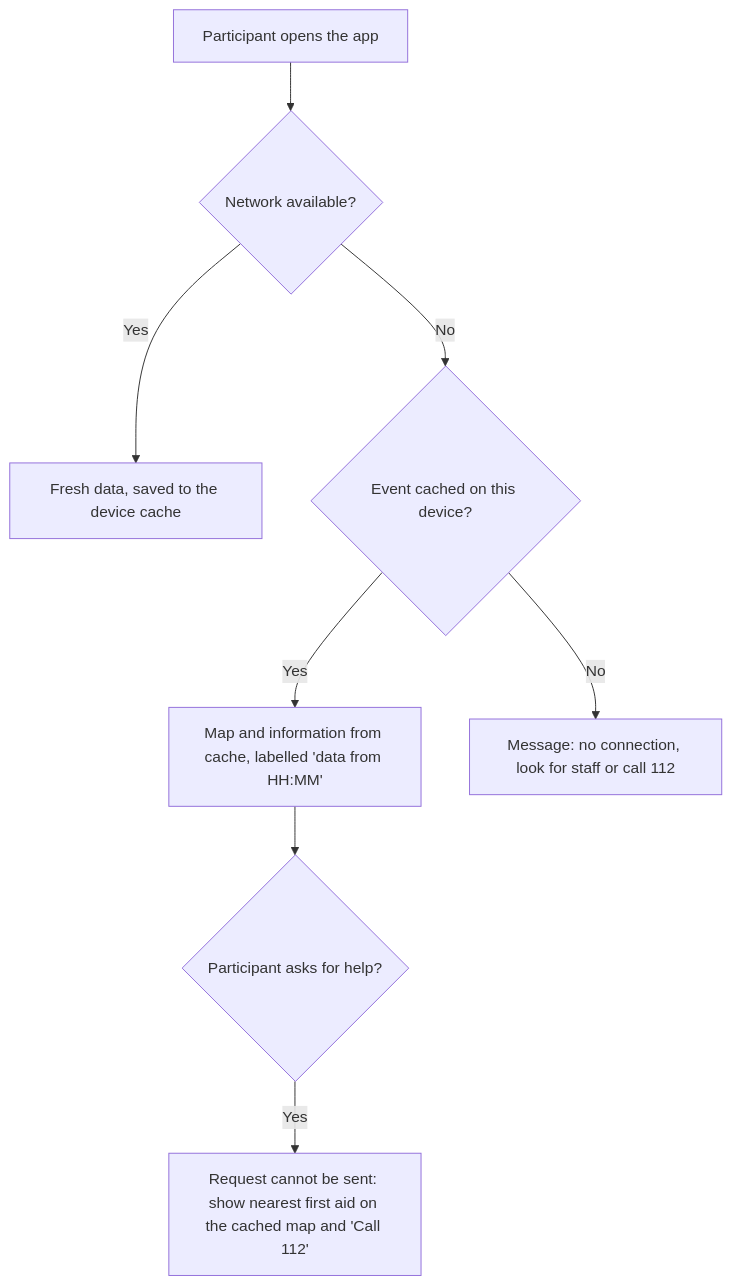
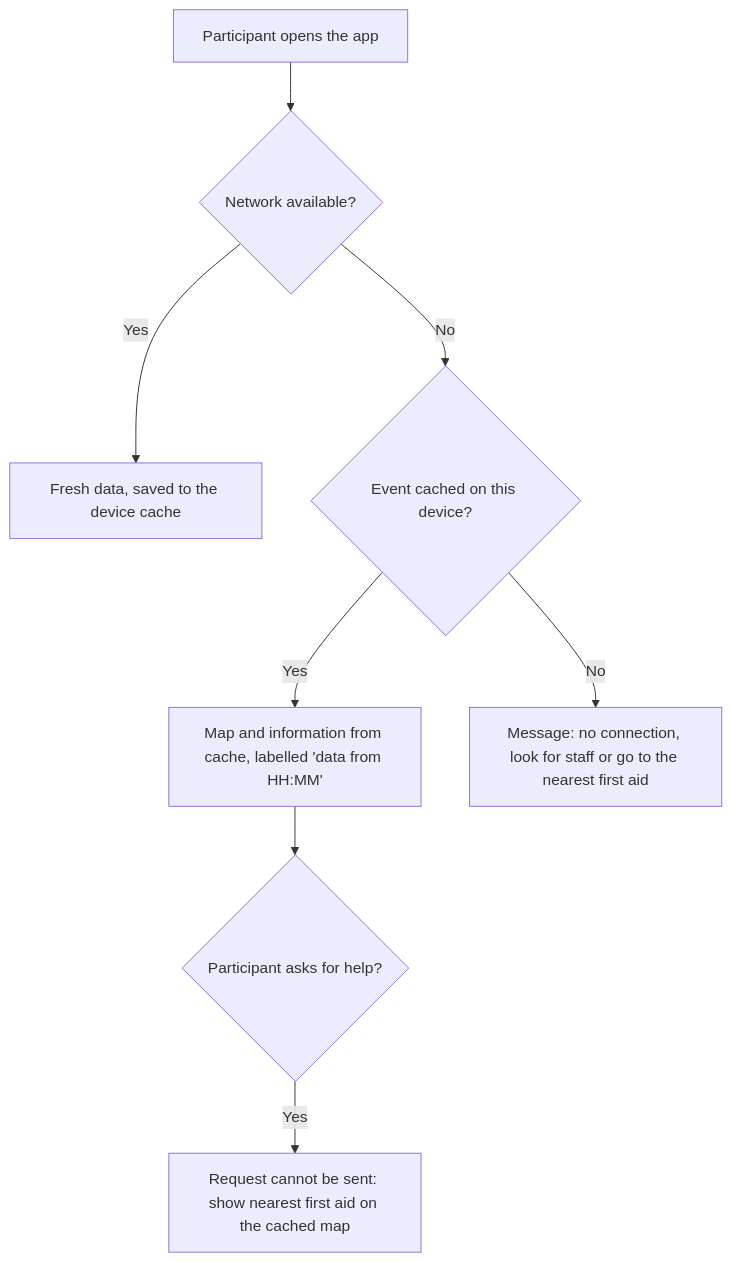
The sixth of 8 diagrams in Docs/Product/user-workflows.md (tomasoliveira21/LABDSOF), drawn with Mermaid before and after one commit. The commit also changed other lines of this file and 12 other files, not shown here.

````diff
--- a/Docs/Product/user-workflows.md
+++ b/Docs/Product/user-workflows.md
@@ -158,10 +185,10 @@
 ```mermaid
 flowchart TD
     A["Participant opens the app"] --> B{"Network available?"}
     B -- Yes --> C["Fresh data, saved to the device cache"]
     B -- No --> D{"Event cached on this device?"}
     D -- Yes --> E["Map and information from cache, labelled 'data from HH:MM'"]
-    D -- No --> F["Message: no connection, look for staff or call 112"]
+    D -- No --> F["Message: no connection, look for staff or go to the nearest first aid"]
     E --> G{"Participant asks for help?"}
-    G -- Yes --> H["Request cannot be sent: show nearest first aid on the cached map and 'Call 112'"]
+    G -- Yes --> H["Request cannot be sent: show nearest first aid on the cached map"]
 ```
````
